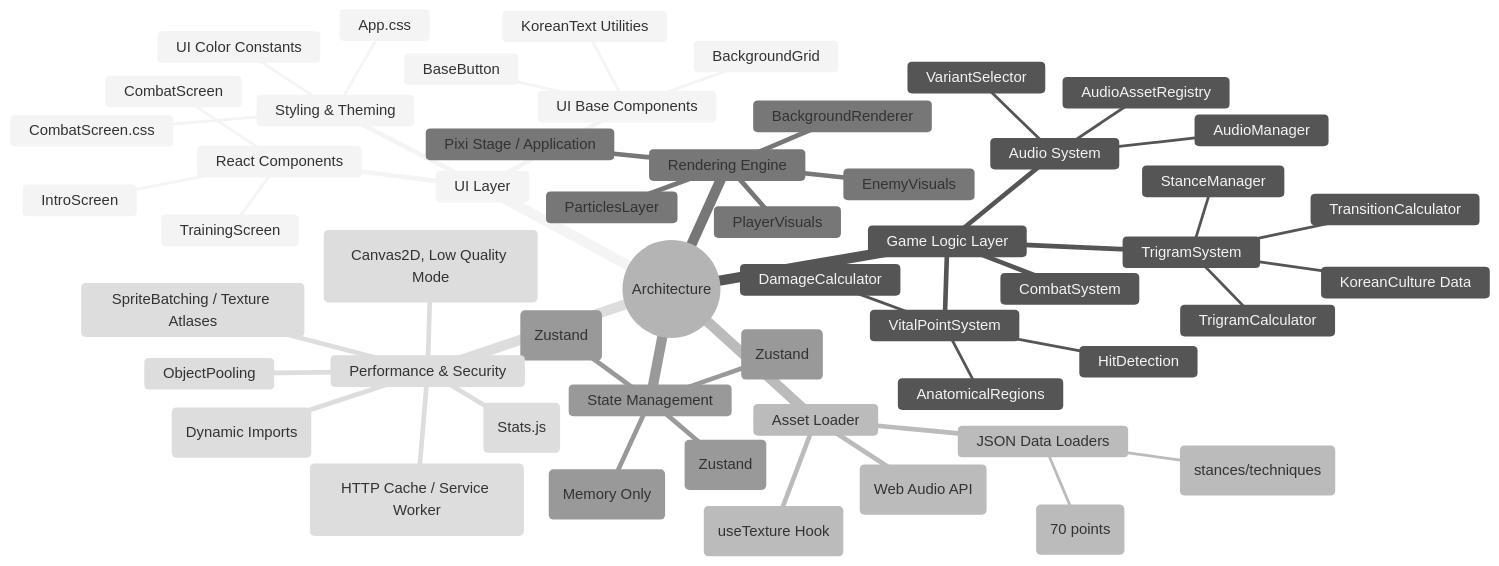
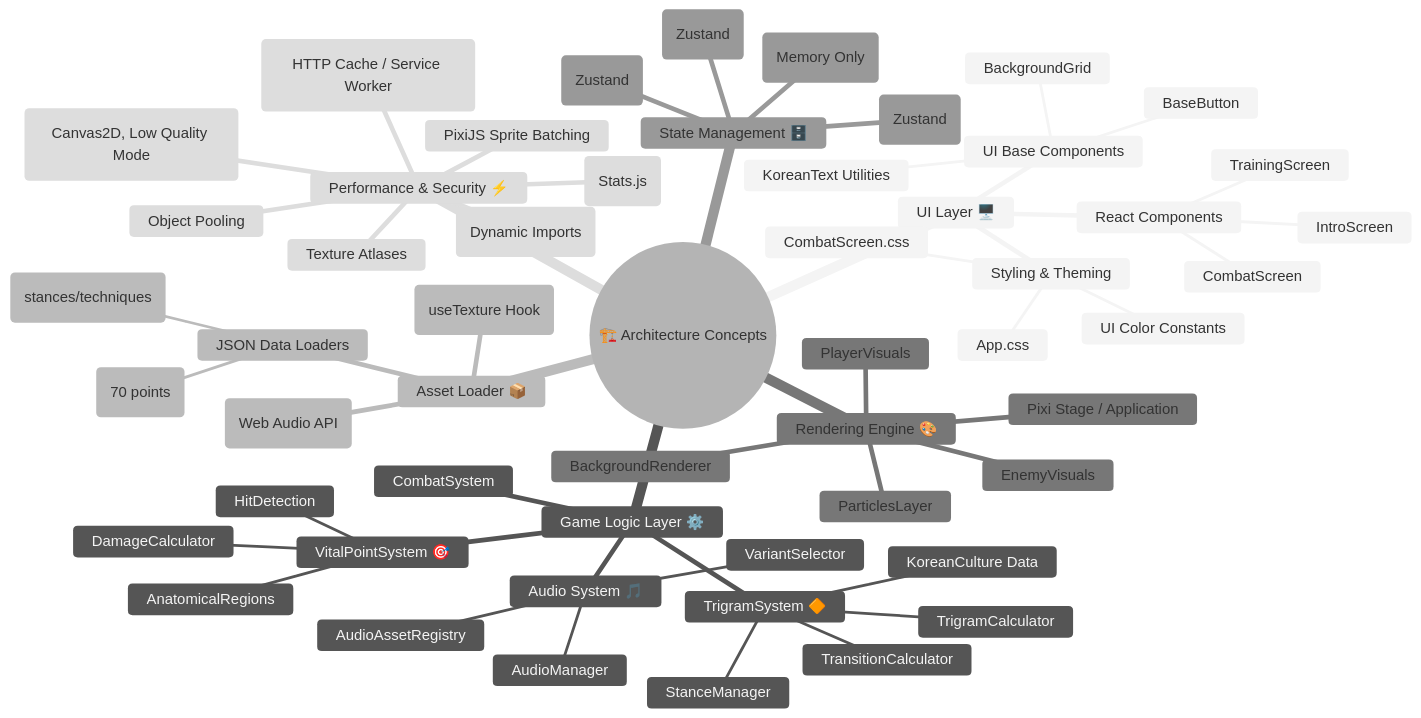
Before and after one commit to fossabot/blacktrigram: diagram 12 of 16 in ARCHITECTURE.md, drawn with Mermaid (neutral theme). The commit also changed other lines of this file, not shown here.

Commit message:
Implement code changes to enhance functionality and improve performance

````diff
--- a/ARCHITECTURE.md
+++ b/ARCHITECTURE.md
@@ -557,61 +837,62 @@
 ```mermaid
 mindmap
-  root((Architecture))
-    UI Layer
+  root((🏗️ Architecture Concepts))
+    UI Layer 🖥️
       React Components
         CombatScreen
         TrainingScreen
         IntroScreen
       UI Base Components
         BaseButton
         BackgroundGrid
         KoreanText Utilities
       Styling & Theming
         App.css
         CombatScreen.css
         UI Color Constants
 
-    Game Logic Layer
+    Game Logic Layer ⚙️
       CombatSystem
-      TrigramSystem
+      TrigramSystem 🔶
         StanceManager
         TransitionCalculator
         TrigramCalculator
         KoreanCulture Data
-      VitalPointSystem
+      VitalPointSystem 🎯
         AnatomicalRegions
         HitDetection
         DamageCalculator
-      Audio System
+      Audio System 🎵
         AudioManager
         AudioAssetRegistry
         VariantSelector
 
-    Asset Loader
+    Asset Loader 📦
       PixiLoader (useTexture Hook)
       AudioLoader (Web Audio API)
       JSON Data Loaders
         TrigramData (stances/techniques)
         VitalPointsData (70 points)
 
-    Rendering Engine
+    Rendering Engine 🎨
       Pixi Stage / Application
       PlayerVisuals
       EnemyVisuals
       ParticlesLayer
       BackgroundRenderer
 
-    State Management
+    State Management 🗄️
       useGameState (Zustand)
       useUIState (Zustand)
       useEnemyState (Zustand)
       No Persistence (Memory Only)
 
-    Performance & Security
+    Performance & Security ⚡
       PerformanceMonitor (Stats.js)
-      SpriteBatching / Texture Atlases
-      ObjectPooling
-      AssetCaching (HTTP Cache / Service Worker)
-      CodeSplitting (Dynamic Imports)
+      PixiJS Sprite Batching
+      Texture Atlases
+      Object Pooling
+      Asset Caching (HTTP Cache / Service Worker)
+      Code Splitting (Dynamic Imports)
       Graceful Degradation (Canvas2D, Low Quality Mode)
 ```
````
